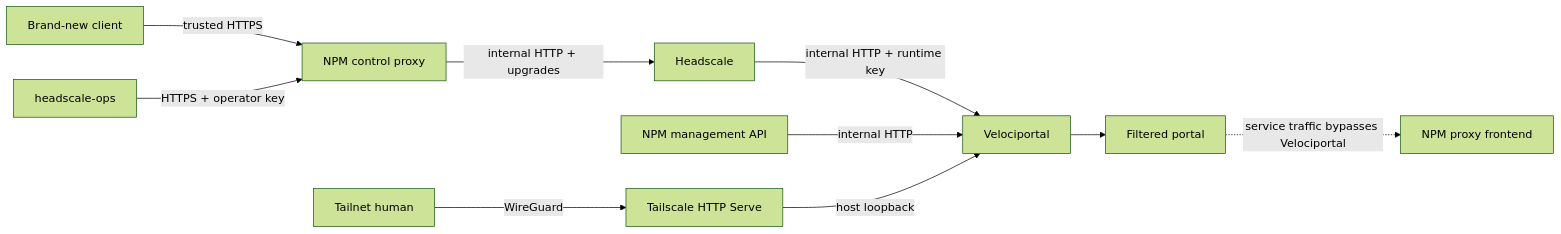
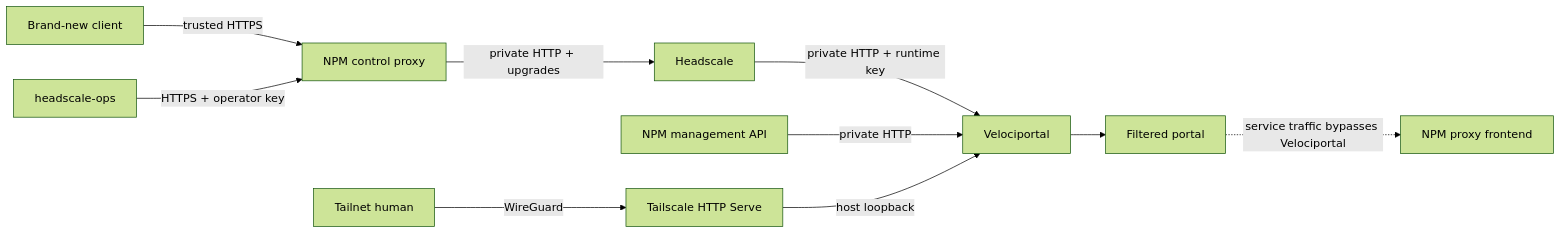
One commit to cybersader/velociportal changed the diagram in docs/guides/headscale-npm.md. Above: the diagram before and after it, drawn with Mermaid (forest theme). The commit also changed other lines of this file and 19 other files, not shown here.

````diff
--- a/docs/guides/headscale-npm.md
+++ b/docs/guides/headscale-npm.md
@@ -10,12 +10,12 @@
 ```mermaid
 flowchart LR
     Client["Brand-new client"] -->|"trusted HTTPS"| NPMControl["NPM control proxy"]
-    NPMControl -->|"internal HTTP + upgrades"| HS["Headscale"]
+    NPMControl -->|"private HTTP + upgrades"| HS["Headscale"]
     Ops["headscale-ops"] -->|"HTTPS + operator key"| NPMControl
-    HS -->|"internal HTTP + runtime key"| VP["Velociportal"]
-    NPMAPI["NPM management API"] -->|"internal HTTP"| VP
+    HS -->|"private HTTP + runtime key"| VP["Velociportal"]
+    NPMAPI["NPM management API"] -->|"private HTTP"| VP
     Human["Tailnet human"] -->|"WireGuard"| Serve["Tailscale HTTP Serve"]
     Serve -->|"host loopback"| VP
     VP --> Browser["Filtered portal"]
     Browser -. "service traffic bypasses Velociportal" .-> NPMFrontend["NPM proxy frontend"]
 ```
````
